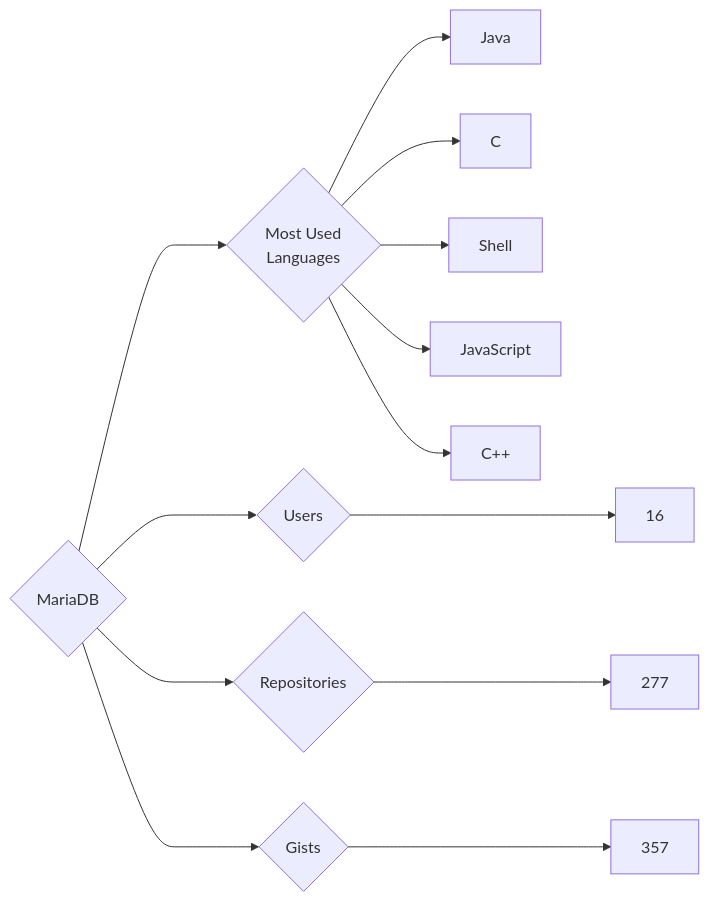
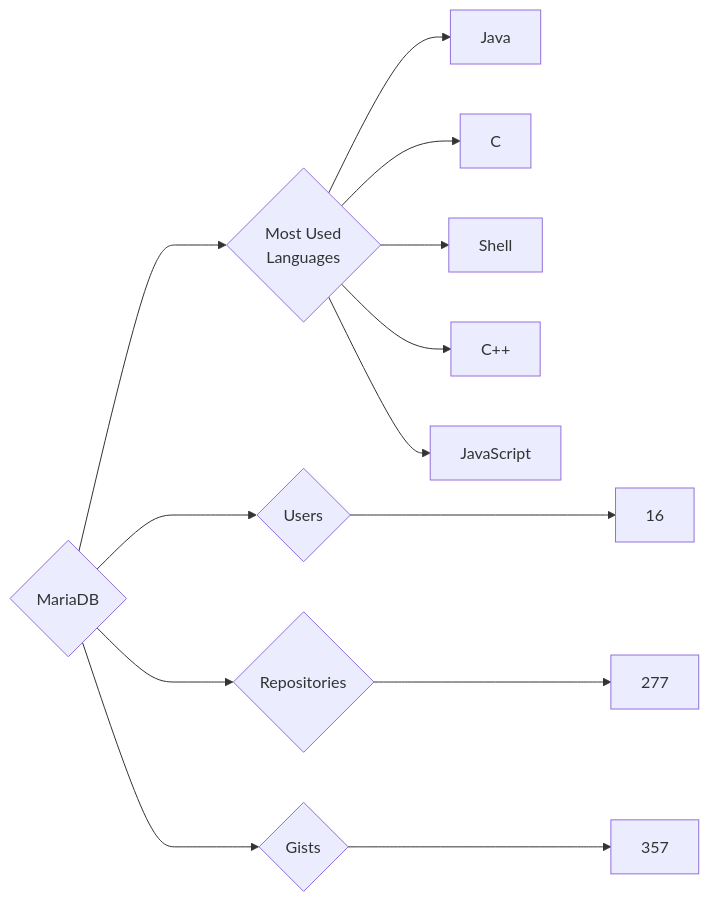
Before and after one commit to trickest/insiders: the diagram in targets/MariaDB/README.md, drawn with Mermaid. The commit also changed other lines of this file and 815 other files, not shown here.

````diff
--- a/targets/MariaDB/README.md
+++ b/targets/MariaDB/README.md
@@ -3,13 +3,13 @@
 ```mermaid
 graph LR
 COMPANY_NAME{MariaDB}
 COMPANY_NAME ---> U{Users} ---> UN[16]
 COMPANY_NAME ---> R{Repositories} ---> RN[277]
 COMPANY_NAME ---> G{Gists} ---> GN[357]
 COMPANY_NAME ---> ML{Most Used<br>Languages}
 ML --> Java[Java]
 ML --> C[C]
 ML --> Shell[Shell]
+ML --> C++[C++]
 ML --> JavaScript[JavaScript]
-ML --> C++[C++]
 ```
````
